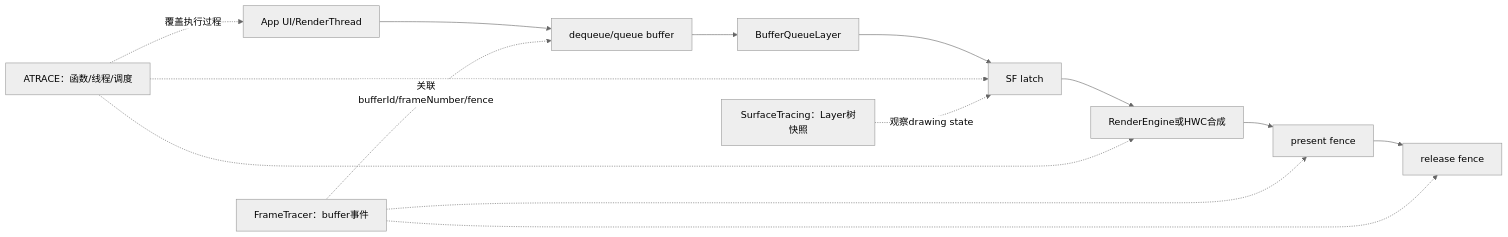
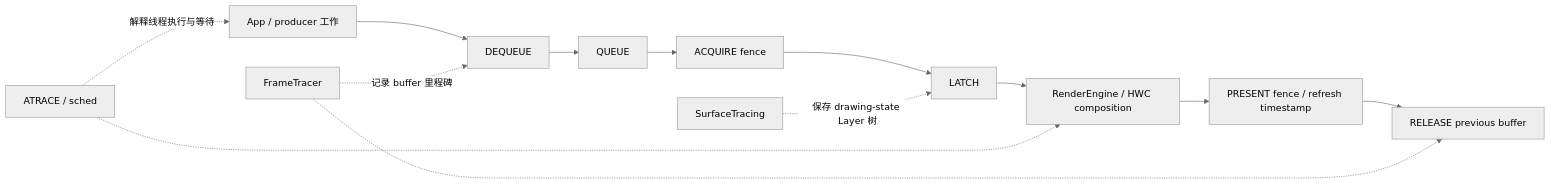
The first of 2 diagrams in Android源码学习/168-AndroidSurfaceFlingerTracingPerfettoFrameTracer与图形证据链.md (junyingzhao001/StudyNotes), drawn with Mermaid (neutral theme) before and after one commit. The commit also changed other lines of this file and 30 other files, not shown here.

````diff
--- a/Android源码学习/168-AndroidSurfaceFlingerTracingPerfettoFrameTracer与图形证据链.md
+++ b/Android源码学习/168-AndroidSurfaceFlingerTracingPerfettoFrameTracer与图形证据链.md
@@ -100,17 +44,16 @@
 ```mermaid
 flowchart LR
-    APP["App UI/RenderThread"] --> DEQ["dequeue/queue buffer"]
-    DEQ --> BQ["BufferQueueLayer"]
-    BQ --> LATCH["SF latch"]
-    LATCH --> COMP["RenderEngine或HWC合成"]
-    COMP --> PRESENT["present fence"]
-    PRESENT --> RELEASE["release fence"]
+    U["App / producer 工作"] --> D["DEQUEUE"]
+    D --> Q["QUEUE"]
+    Q --> A["ACQUIRE fence"]
+    A --> L["LATCH"]
+    L --> C["RenderEngine / HWC composition"]
+    C --> P["PRESENT fence / refresh timestamp"]
+    P --> R["RELEASE previous buffer"]
 
-    AT["ATRACE：函数/线程/调度"] -."覆盖执行过程".-> APP
-    AT -.-> LATCH
-    AT -.-> COMP
-    ST["SurfaceTracing：Layer树快照"] -."观察drawing state".-> LATCH
-    FT["FrameTracer：buffer事件"] -."关联bufferId/frameNumber/fence".-> DEQ
-    FT -.-> PRESENT
-    FT -.-> RELEASE
+    T["ATRACE / sched"] -. "解释线程执行与等待" .-> U
+    T -.-> C
+    S["SurfaceTracing"] -. "保存 drawing-state Layer 树" .-> L
+    F["FrameTracer"] -. "记录 buffer 里程碑" .-> D
+    F -.-> R
 ```
````
